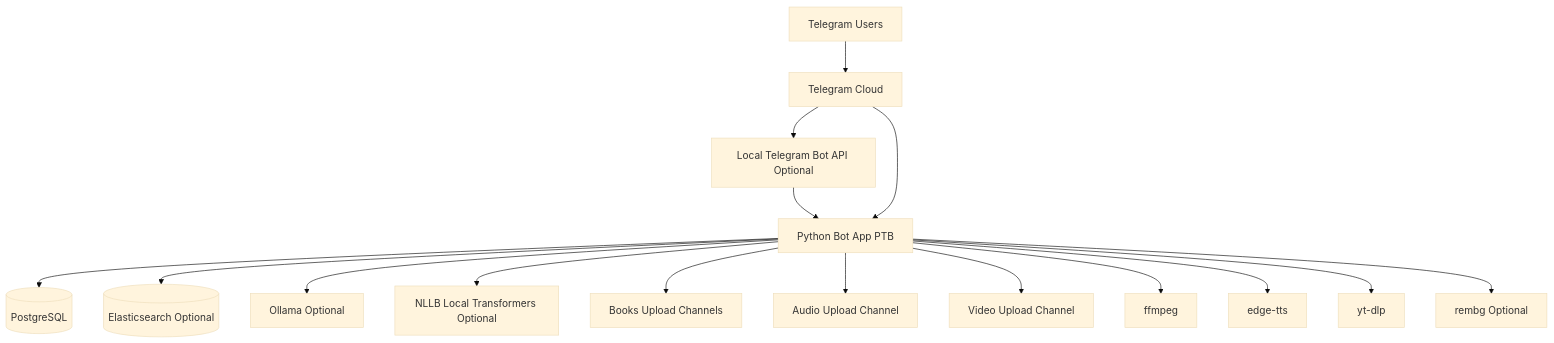
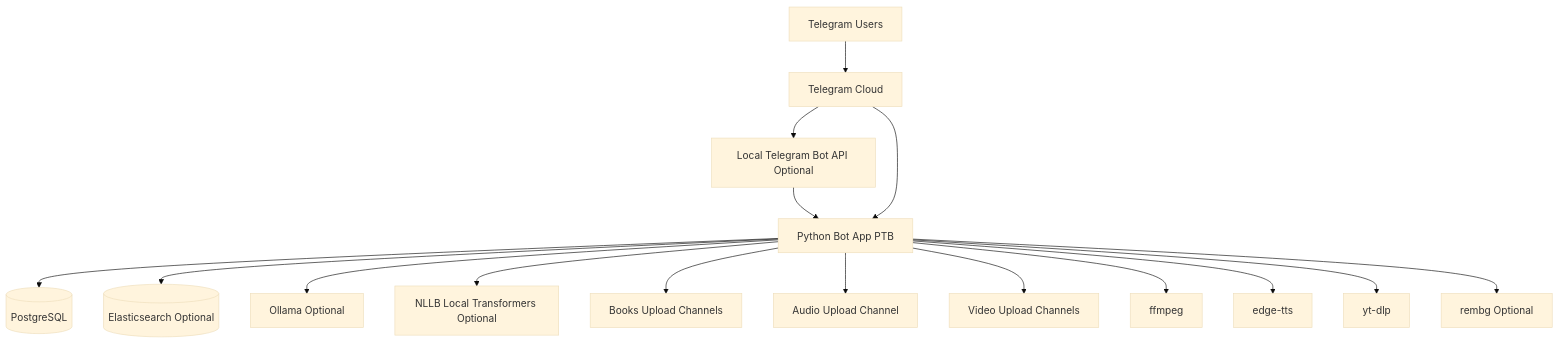
The diagram in README.md (muhammadaliAbdullayevv/pdf-audio-kitoblar-bot), drawn with Mermaid (base theme) before and after one commit. The commit also changed other lines of this file and 27 other files, not shown here.

````diff
--- a/README.md
+++ b/README.md
@@ -9,21 +9,21 @@
 ```mermaid
 graph TD
   U[Telegram Users] --> TG[Telegram Cloud]
   TG --> API[Local Telegram Bot API Optional]
   API --> APP[Python Bot App PTB]
   TG --> APP
 
   APP --> DB[(PostgreSQL)]
   APP --> ES[(Elasticsearch Optional)]
   APP --> OLL[Ollama Optional]
   APP --> NLLB[NLLB Local Transformers Optional]
 
   APP --> CH_BOOKS[Books Upload Channels]
   APP --> CH_AUDIO[Audio Upload Channel]
-  APP --> CH_VIDEO[Video Upload Channel]
+  APP --> CH_VIDEO[Video Upload Channels]
 
   APP --> FFMPEG[ffmpeg]
   APP --> EDGE[edge-tts]
   APP --> YTDLP[yt-dlp]
   APP --> REMBG[rembg Optional]
 ```
````
